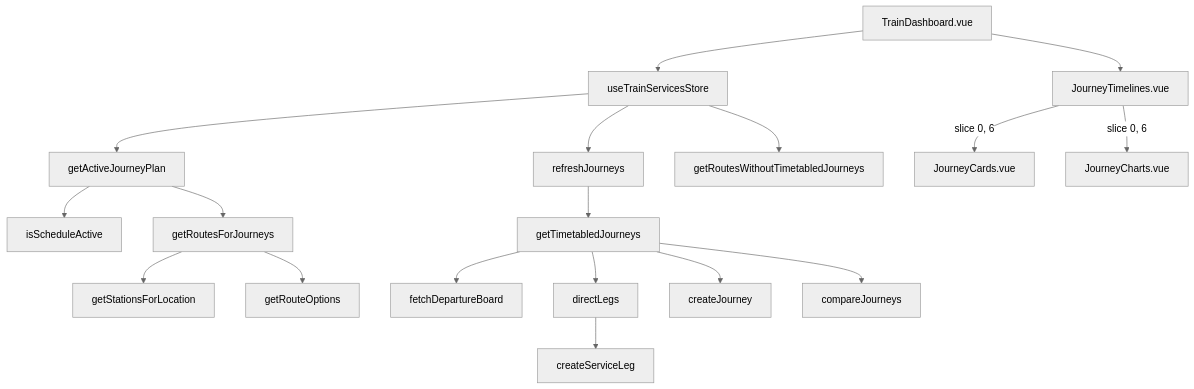
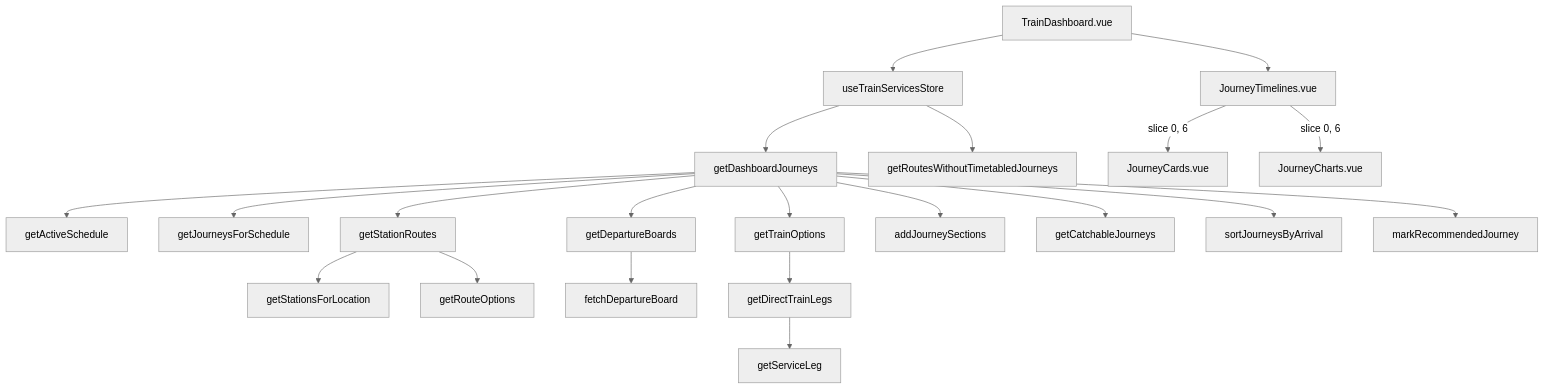
Before and after one commit to nd9600/trainDashboard: the second of 2 diagrams in docs/journey-planning.md, drawn with Mermaid (neutral theme). The commit also changed other lines of this file and 17 other files, not shown here.

````diff
--- a/docs/journey-planning.md
+++ b/docs/journey-planning.md
@@ -64,41 +59,47 @@
 ```mermaid
 flowchart TD
     dashboard[TrainDashboard.vue]
     store[useTrainServicesStore]
-    plan[getActiveJourneyPlan]
-    active[isScheduleActive]
-    routes[getRoutesForJourneys]
+    pipeline[getDashboardJourneys]
+    active[getActiveSchedule]
+    configured[getJourneysForSchedule]
+    routes[getStationRoutes]
     stations[getStationsForLocation]
     options[getRouteOptions]
-    refresh[refreshJourneys]
-    timetable[getTimetabledJourneys]
+    boards[getDepartureBoards]
     api[fetchDepartureBoard]
-    direct[directLegs]
-    service[createServiceLeg]
-    journey[createJourney]
-    sort[compareJourneys]
+    trains[getTrainOptions]
+    direct[getDirectTrainLegs]
+    service[getServiceLeg]
+    sections[addJourneySections]
+    catchable[getCatchableJourneys]
+    sort[sortJourneysByArrival]
+    recommended[markRecommendedJourney]
     missing[getRoutesWithoutTimetabledJourneys]
     timelines[JourneyTimelines.vue]
     cards[JourneyCards.vue]
     charts[JourneyCharts.vue]
 
     dashboard --> store
-    store --> plan
-    plan --> active
-    plan --> routes
+    store --> pipeline
+    pipeline --> active
+    pipeline --> configured
+    pipeline --> routes
     routes --> stations
     routes --> options
 
-    store --> refresh
-    refresh --> timetable
-    timetable --> api
-    timetable --> direct
+    pipeline --> boards
+    boards --> api
+    pipeline --> trains
+    trains --> direct
     direct --> service
-    timetable --> journey
-    timetable --> sort
+    pipeline --> sections
+    pipeline --> catchable
+    pipeline --> sort
+    pipeline --> recommended
 
     store --> missing
     dashboard --> timelines
     timelines -->|slice 0, 6| cards
     timelines -->|slice 0, 6| charts
 ```
````
